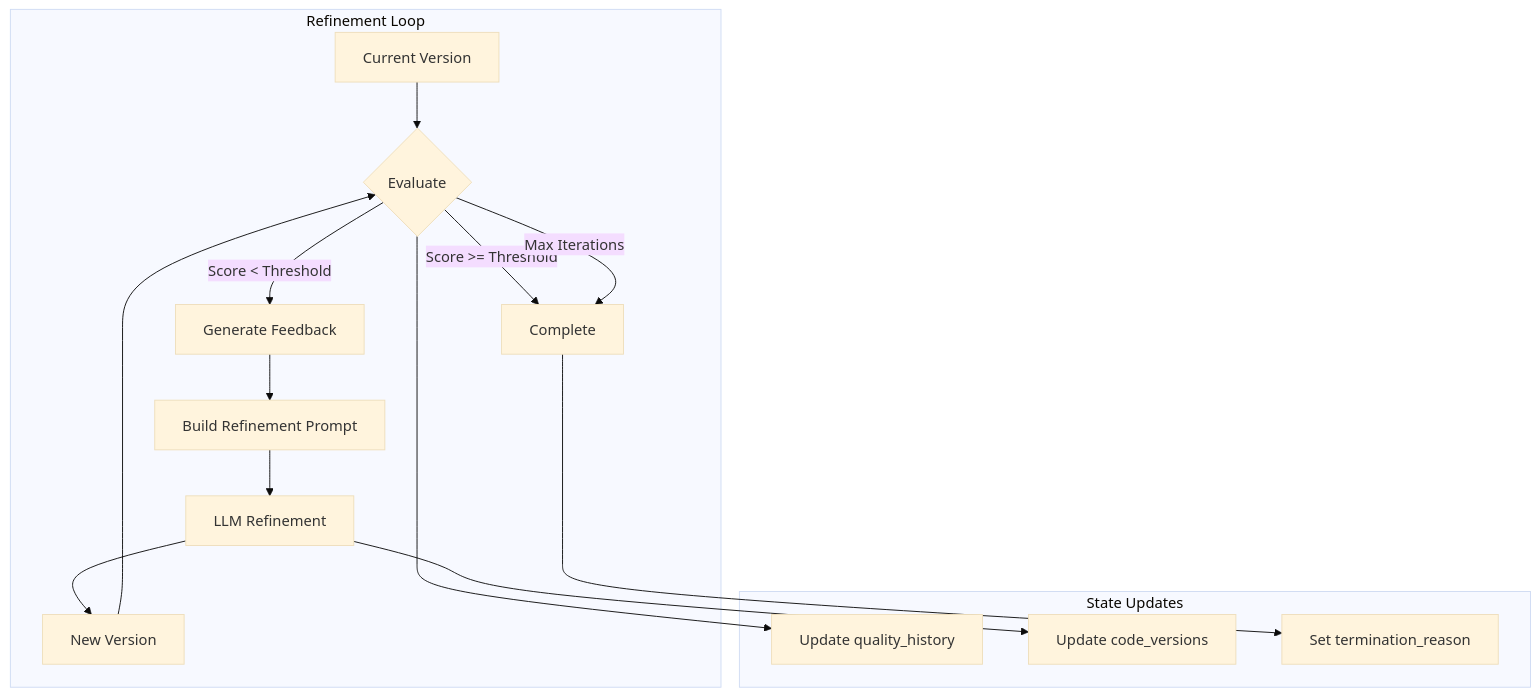
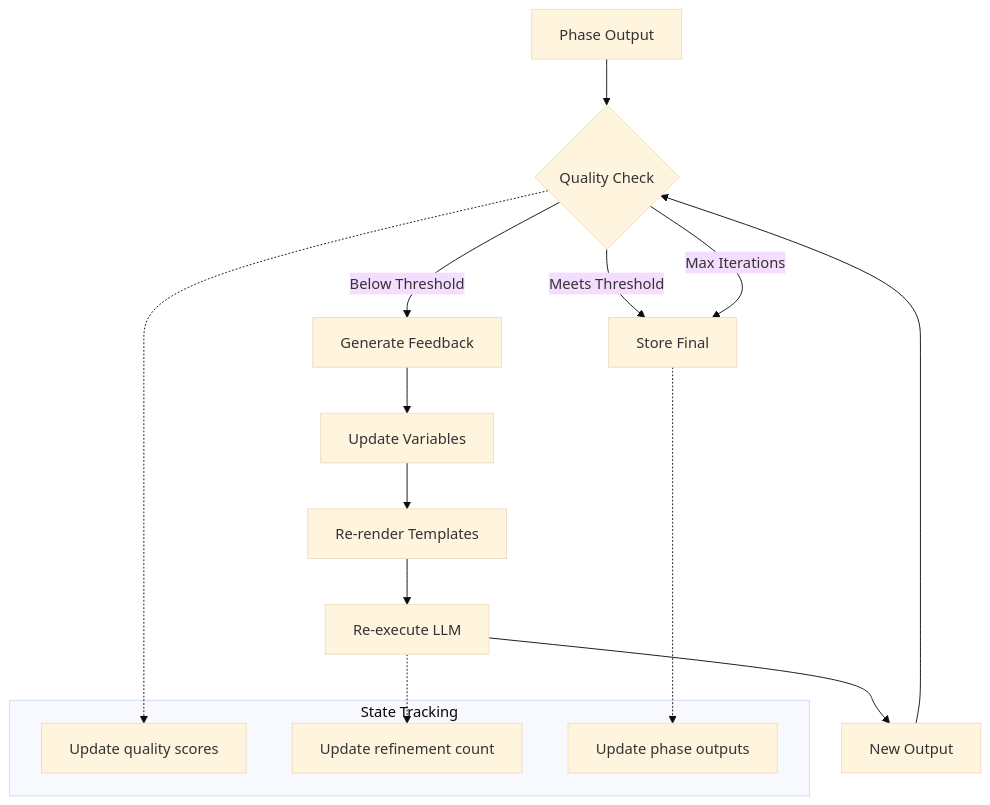
One commit to fblgit/agentool changed the sixth of 6 diagrams in docs/DATA_FLOW_REQUIREMENTS.md. Above: the diagram before and after it, drawn with Mermaid (base theme). The commit also changed other lines of this file and 7 other files, not shown here.

````diff
--- a/docs/DATA_FLOW_REQUIREMENTS.md
+++ b/docs/DATA_FLOW_REQUIREMENTS.md
@@ -492,19 +538,22 @@
 ```mermaid
 graph TB
-    subgraph "Refinement Loop"
-        CV[Current Version] --> EVAL{Evaluate}
-        EVAL -->|Score < Threshold| FB[Generate Feedback]
-        FB --> PROMPT[Build Refinement Prompt]
-        PROMPT --> LLM[LLM Refinement]
-        LLM --> NV[New Version]
-        NV --> EVAL
-        EVAL -->|Score >= Threshold| DONE[Complete]
-        EVAL -->|Max Iterations| DONE
+    PhaseOut[Phase Output] --> Quality{Quality Check}
+    Quality -->|Below Threshold| Feedback[Generate Feedback]
+    Feedback --> Variables[Update Variables]
+    Variables --> ReRender[Re-render Templates]
+    ReRender --> ReLLM[Re-execute LLM]
+    ReLLM --> NewOut[New Output]
+    NewOut --> Quality
+    Quality -->|Meets Threshold| Store[Store Final]
+    Quality -->|Max Iterations| Store
+    
+    subgraph tracking[State Tracking]
+        QS[Update quality scores]
+        RC[Update refinement count]
+        PO[Update phase outputs]
     end
     
-    subgraph "State Updates"
-        EVAL --> S1[Update quality_history]
-        LLM --> S2[Update code_versions]
-        DONE --> S3[Set termination_reason]
-    end
+    Quality -.-> QS
+    ReLLM -.-> RC
+    Store -.-> PO
 ```
````
